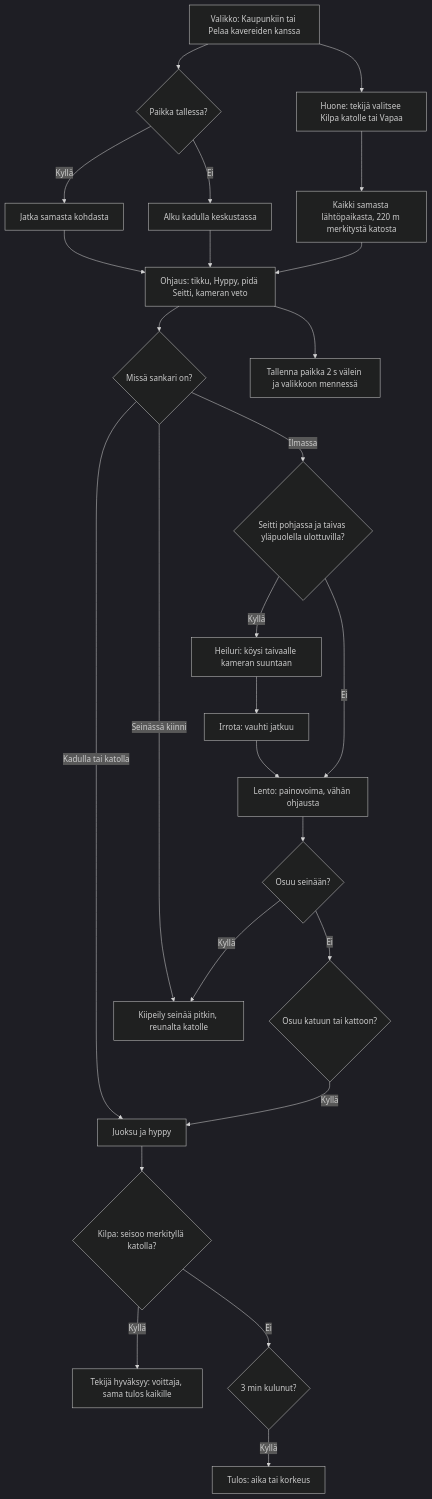
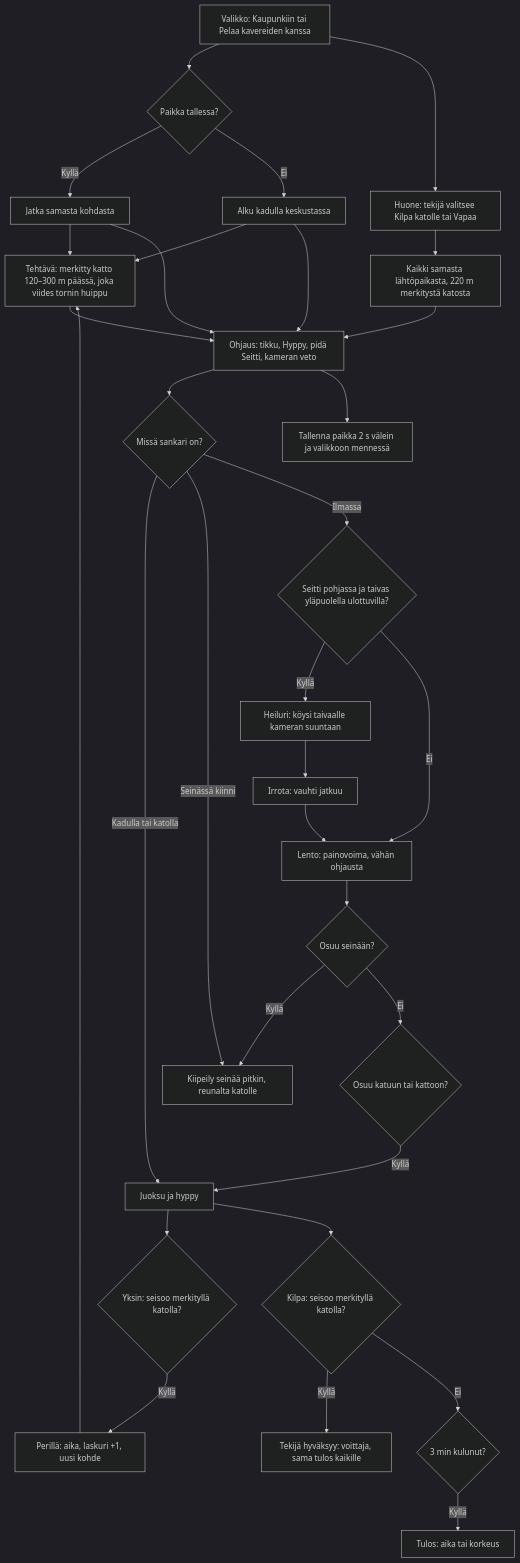
The diagram in docs/diagrams/seittisankari.md (eerovil/ai-pelit), drawn with Mermaid (dark theme) before and after one commit. The commit also changed other lines of this file and 7 other files, not shown here.

````diff
--- a/docs/diagrams/seittisankari.md
+++ b/docs/diagrams/seittisankari.md
@@ -5,33 +5,40 @@
 ```mermaid
 flowchart TD
     A[Valikko: Kaupunkiin tai Pelaa kavereiden kanssa] --> B{Paikka tallessa?}
     B -- Kyllä --> C[Jatka samasta kohdasta]
     B -- Ei --> D[Alku kadulla keskustassa]
+    C --> Y
+    D --> Y[Tehtävä: merkitty katto 120–300 m päässä, joka viides tornin huippu]
+    Y --> E
     C --> E
     D --> E[Ohjaus: tikku, Hyppy, pidä Seitti, kameran veto]
     E --> F{Missä sankari on?}
     F -- Kadulla tai katolla --> G[Juoksu ja hyppy]
     F -- Seinässä kiinni --> H[Kiipeily seinää pitkin, reunalta katolle]
     F -- Ilmassa --> I{Seitti pohjassa ja taivas yläpuolella ulottuvilla?}
     I -- Kyllä --> J[Heiluri: köysi taivaalle kameran suuntaan]
     I -- Ei --> K[Lento: painovoima, vähän ohjausta]
     J --> L[Irrota: vauhti jatkuu]
     L --> K
     K --> M{Osuu seinään?}
     M -- Kyllä --> H
     M -- Ei --> N{Osuu katuun tai kattoon?}
     N -- Kyllä --> G
     E --> T[Tallenna paikka 2 s välein ja valikkoon mennessä]
     A --> R[Huone: tekijä valitsee Kilpa katolle tai Vapaa]
     R --> S[Kaikki samasta lähtöpaikasta, 220 m merkitystä katosta]
     S --> E
+    G --> Z{Yksin: seisoo merkityllä katolla?}
+    Z -- Kyllä --> ZA[Perillä: aika, laskuri +1, uusi kohde]
+    ZA --> Y
     G --> U{Kilpa: seisoo merkityllä katolla?}
     U -- Kyllä --> V[Tekijä hyväksyy: voittaja, sama tulos kaikille]
     U -- Ei --> W{3 min kulunut?}
     W -- Kyllä --> X[Tulos: aika tai korkeus]
     class A,B,C,D blue
+    class Y,Z,ZA rose
     class E,G,H violet
     class I,J,K,L,M,N teal
     class R,S,U,V,W,X green
     class T amber
 ```
````
